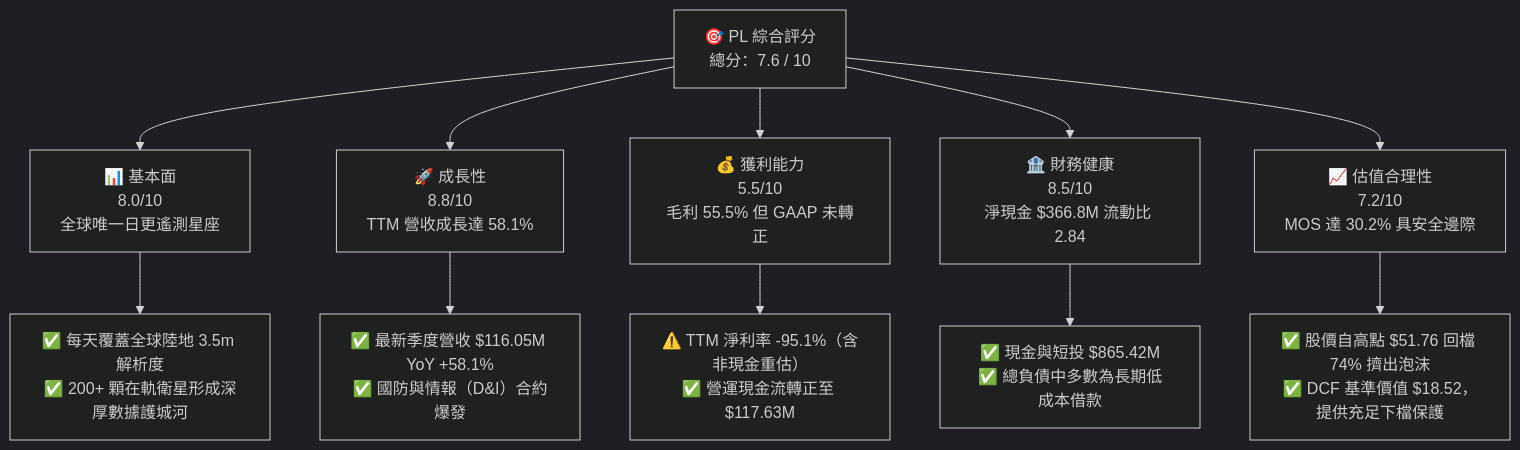
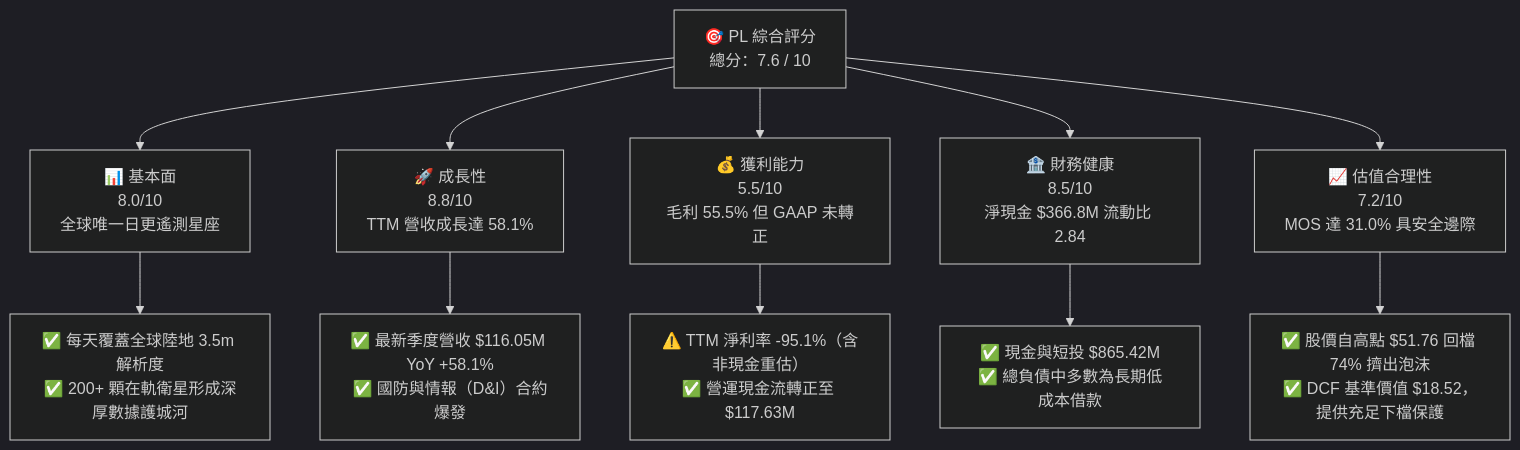
One commit to yennanliu/finance_data changed the first of 14 diagrams in ai_gen_report/fundamental/pl/fundamental_analysis_2026-10-20_gemini.md. Above: the diagram before and after it, drawn with Mermaid (dark theme). The commit also changed other lines of this file and 339 other files, not shown here.

````diff
--- a/ai_gen_report/fundamental/pl/fundamental_analysis_2026-10-20_gemini.md
+++ b/ai_gen_report/fundamental/pl/fundamental_analysis_2026-10-20_gemini.md
@@ -60,22 +67,22 @@
 ```mermaid
 graph TD
     PL["🎯 PL 綜合評分<br/>總分：7.6 / 10"]
 
     F["📊 基本面<br/>8.0/10<br/>全球唯一日更遙測星座"]
     G["🚀 成長性<br/>8.8/10<br/>TTM 營收成長達 58.1%"]
     P["💰 獲利能力<br/>5.5/10<br/>毛利 55.5% 但 GAAP 未轉正"]
     B["🏦 財務健康<br/>8.5/10<br/>淨現金 $366.8M 流動比 2.84"]
-    V["📈 估值合理性<br/>7.2/10<br/>MOS 達 30.2% 具安全邊際"]
+    V["📈 估值合理性<br/>7.2/10<br/>MOS 達 31.0% 具安全邊際"]
 
     PL --> F
     PL --> G
     PL --> P
     PL --> B
     PL --> V
 
     F --> F1["✅ 每天覆蓋全球陸地 3.5m 解析度<br/>✅ 200+ 顆在軌衛星形成深厚數據護城河"]
     G --> G1["✅ 最新季度營收 $116.05M YoY +58.1%<br/>✅ 國防與情報（D&I）合約爆發"]
     P --> P1["⚠️ TTM 淨利率 -95.1%（含非現金重估）<br/>✅ 營運現金流轉正至 $117.63M"]
     B --> B1["✅ 現金與短投 $865.42M<br/>✅ 總負債中多數為長期低成本借款"]
     V --> V1["✅ 股價自高點 $51.76 回檔 74% 擠出泡沫<br/>✅ DCF 基準價值 $18.52，提供充足下檔保護"]
 ```
````
